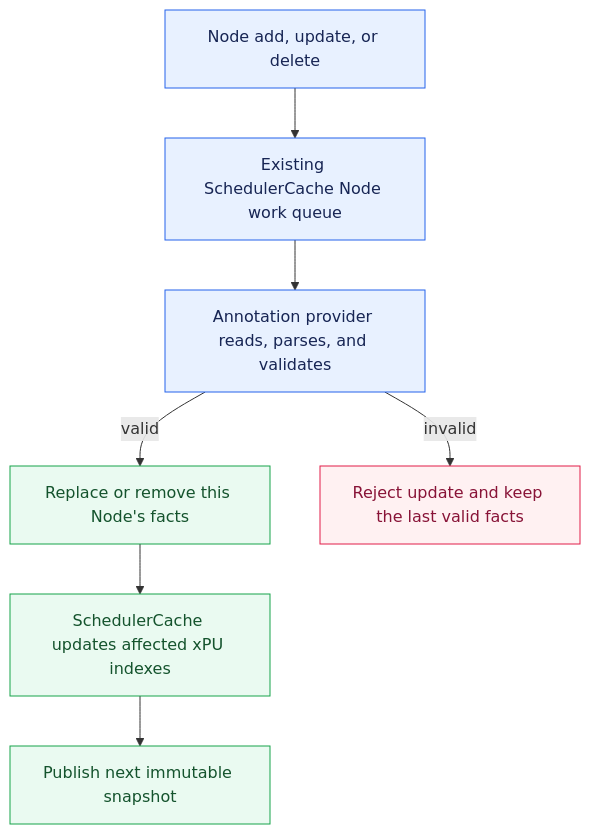
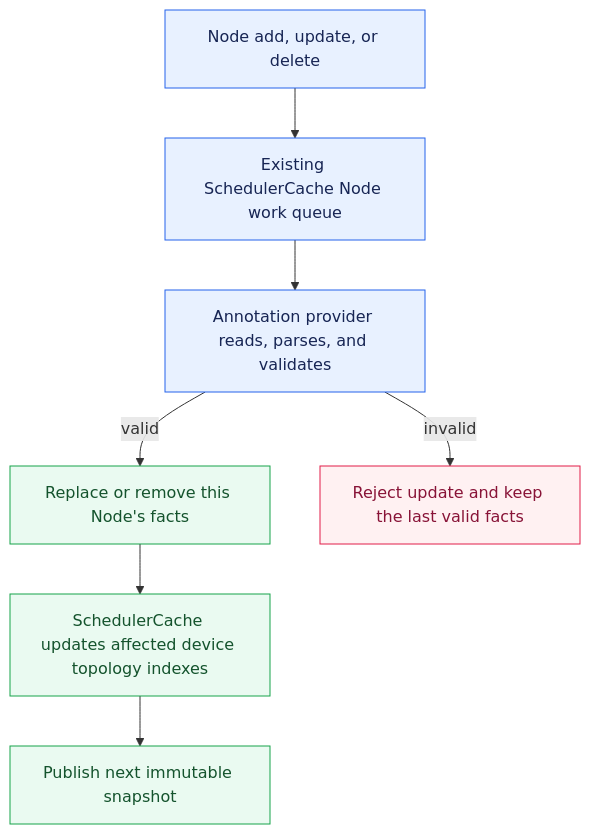
Before and after one commit to volcano-sh/volcano: the third of 7 diagrams in docs/design/generic-xpu-topology-aware-scheduling.md, drawn with Mermaid. The commit also changed other lines of this file, not shown here.

Commit message:
docs: standardize device topology naming

````diff
--- a/docs/design/generic-xpu-topology-aware-scheduling.md
+++ b/docs/design/generic-xpu-topology-aware-scheduling.md
@@ -294,16 +299,16 @@
 ```mermaid
 flowchart TD
     Event[Node add, update, or delete] --> Queue[Existing SchedulerCache Node work queue]
     Queue --> Parse[Annotation provider reads, parses, and validates]
     Parse -->|valid| Update[Replace or remove this Node's facts]
     Parse -->|invalid| Reject[Reject update and keep the last valid facts]
-    Update --> Cache[SchedulerCache updates affected xPU indexes]
+    Update --> Cache[SchedulerCache updates affected device topology indexes]
     Cache --> Snapshot[Publish next immutable snapshot]
 
     classDef normal fill:#e8f1ff,stroke:#2563eb,color:#172554
     classDef safe fill:#eafaf1,stroke:#16a34a,color:#14532d
     classDef error fill:#fff1f2,stroke:#e11d48,color:#881337
     class Event,Queue,Parse normal
     class Update,Cache,Snapshot safe
     class Reject error
 ```
````
